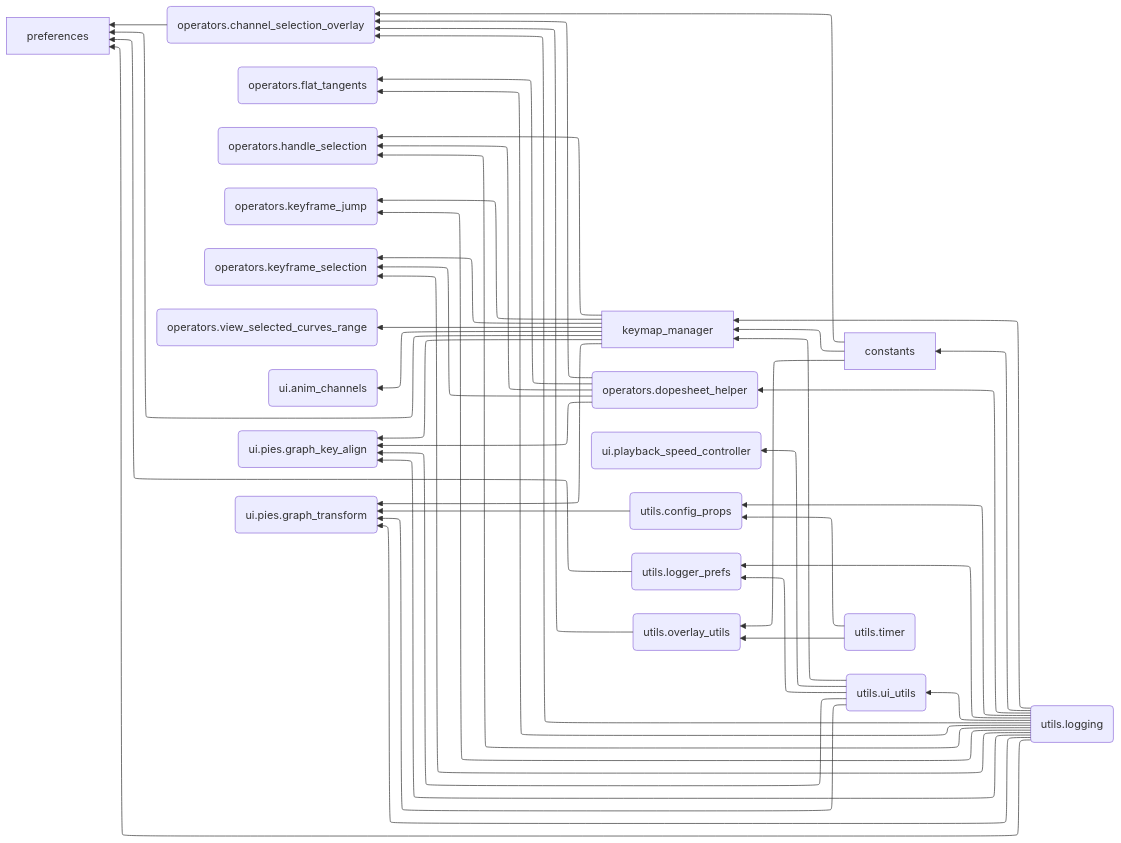
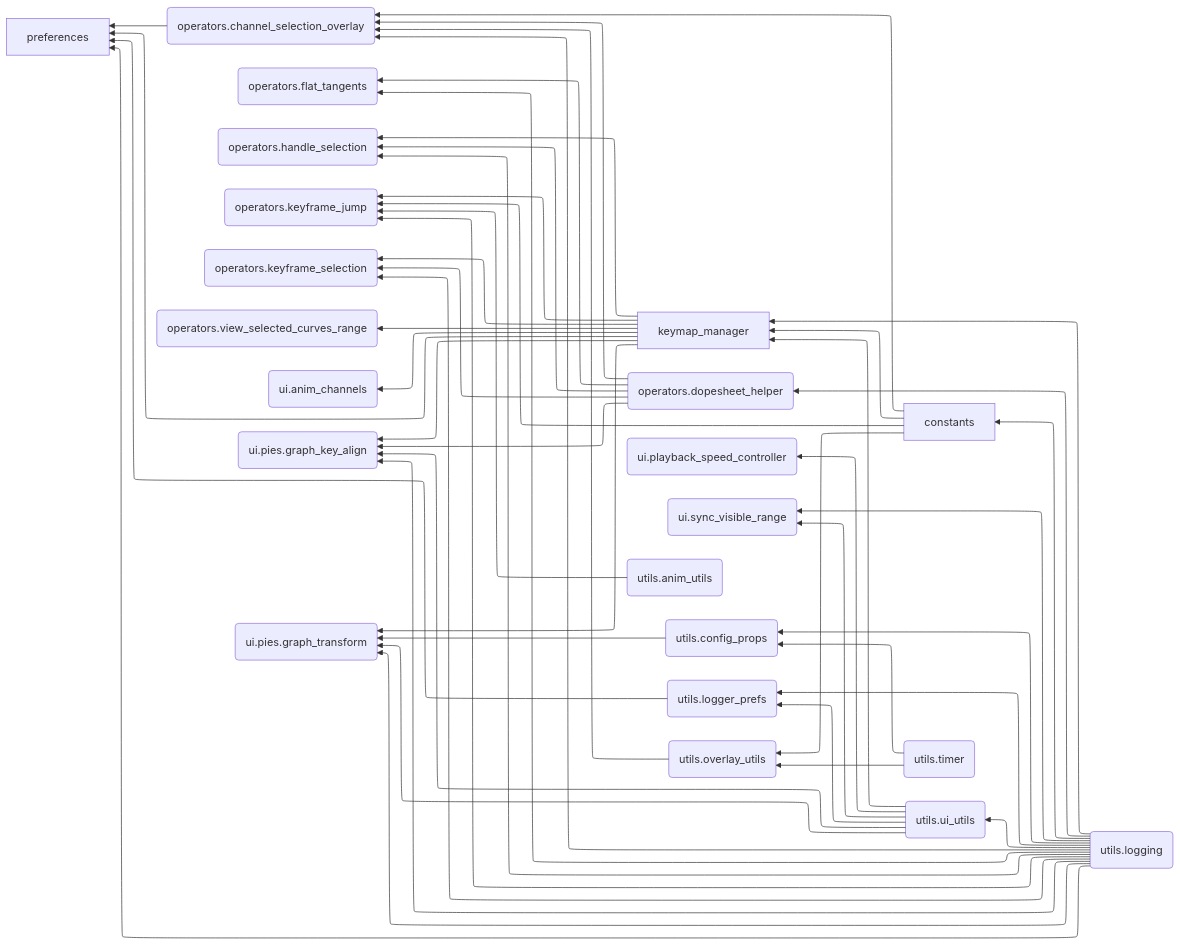
One commit to Pluglug/graph_monkey changed the diagram in docs/debug/module_dependencies.mmd. Above: the diagram before and after it, drawn with Mermaid. The commit also changed 1 other file, not shown here.

```diff
--- a/docs/debug/module_dependencies.mmd
+++ b/docs/debug/module_dependencies.mmd
@@ -1,69 +1,75 @@
 ---
 config:
   theme: mc
   layout: elk
   flowchart:
     curve: basis
 ---
 flowchart RL
     constants[constants]
     keymap_manager[keymap_manager]
     operators_channel_selection_overlay(operators.channel_selection_overlay)
     operators_dopesheet_helper(operators.dopesheet_helper)
     operators_flat_tangents(operators.flat_tangents)
     operators_handle_selection(operators.handle_selection)
     operators_keyframe_jump(operators.keyframe_jump)
     operators_keyframe_selection(operators.keyframe_selection)
     operators_view_selected_curves_range(operators.view_selected_curves_range)
     preferences[preferences]
     ui_anim_channels(ui.anim_channels)
     ui_pies_graph_key_align(ui.pies.graph_key_align)
     ui_pies_graph_transform(ui.pies.graph_transform)
     ui_playback_speed_controller(ui.playback_speed_controller)
+    ui_sync_visible_range(ui.sync_visible_range)
+    utils_anim_utils(utils.anim_utils)
     utils_config_props(utils.config_props)
     utils_logger_prefs(utils.logger_prefs)
     utils_logging(utils.logging)
     utils_overlay_utils(utils.overlay_utils)
     utils_timer(utils.timer)
     utils_ui_utils(utils.ui_utils)
     constants --> keymap_manager
     constants --> operators_channel_selection_overlay
+    constants --> operators_keyframe_jump
     constants --> utils_overlay_utils
     keymap_manager --> operators_handle_selection
     keymap_manager --> operators_keyframe_jump
     keymap_manager --> operators_keyframe_selection
     keymap_manager --> operators_view_selected_curves_range
     keymap_manager --> preferences
     keymap_manager --> ui_anim_channels
     keymap_manager --> ui_pies_graph_key_align
     keymap_manager --> ui_pies_graph_transform
     operators_channel_selection_overlay --> preferences
     operators_dopesheet_helper --> operators_channel_selection_overlay
     operators_dopesheet_helper --> operators_flat_tangents
     operators_dopesheet_helper --> operators_handle_selection
     operators_dopesheet_helper --> operators_keyframe_selection
     operators_dopesheet_helper --> ui_pies_graph_key_align
+    utils_anim_utils --> operators_keyframe_jump
     utils_config_props --> ui_pies_graph_transform
     utils_logger_prefs --> preferences
     utils_logging --> constants
     utils_logging --> keymap_manager
     utils_logging --> operators_channel_selection_overlay
     utils_logging --> operators_dopesheet_helper
     utils_logging --> operators_flat_tangents
     utils_logging --> operators_handle_selection
     utils_logging --> operators_keyframe_jump
     utils_logging --> operators_keyframe_selection
     utils_logging --> preferences
     utils_logging --> ui_pies_graph_key_align
     utils_logging --> ui_pies_graph_transform
+    utils_logging --> ui_sync_visible_range
     utils_logging --> utils_config_props
     utils_logging --> utils_logger_prefs
     utils_logging --> utils_ui_utils
     utils_overlay_utils --> operators_channel_selection_overlay
     utils_timer --> utils_config_props
     utils_timer --> utils_overlay_utils
     utils_ui_utils --> keymap_manager
     utils_ui_utils --> ui_pies_graph_key_align
     utils_ui_utils --> ui_pies_graph_transform
     utils_ui_utils --> ui_playback_speed_controller
+    utils_ui_utils --> ui_sync_visible_range
     utils_ui_utils --> utils_logger_prefs
```
